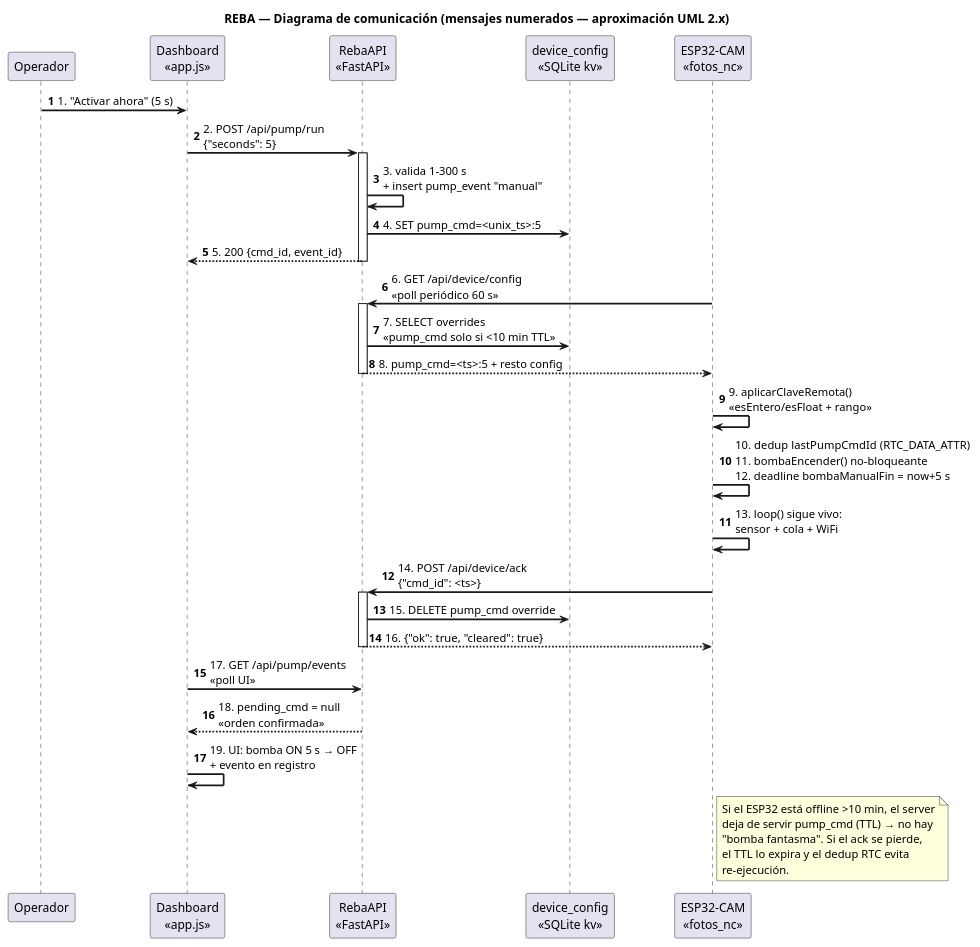
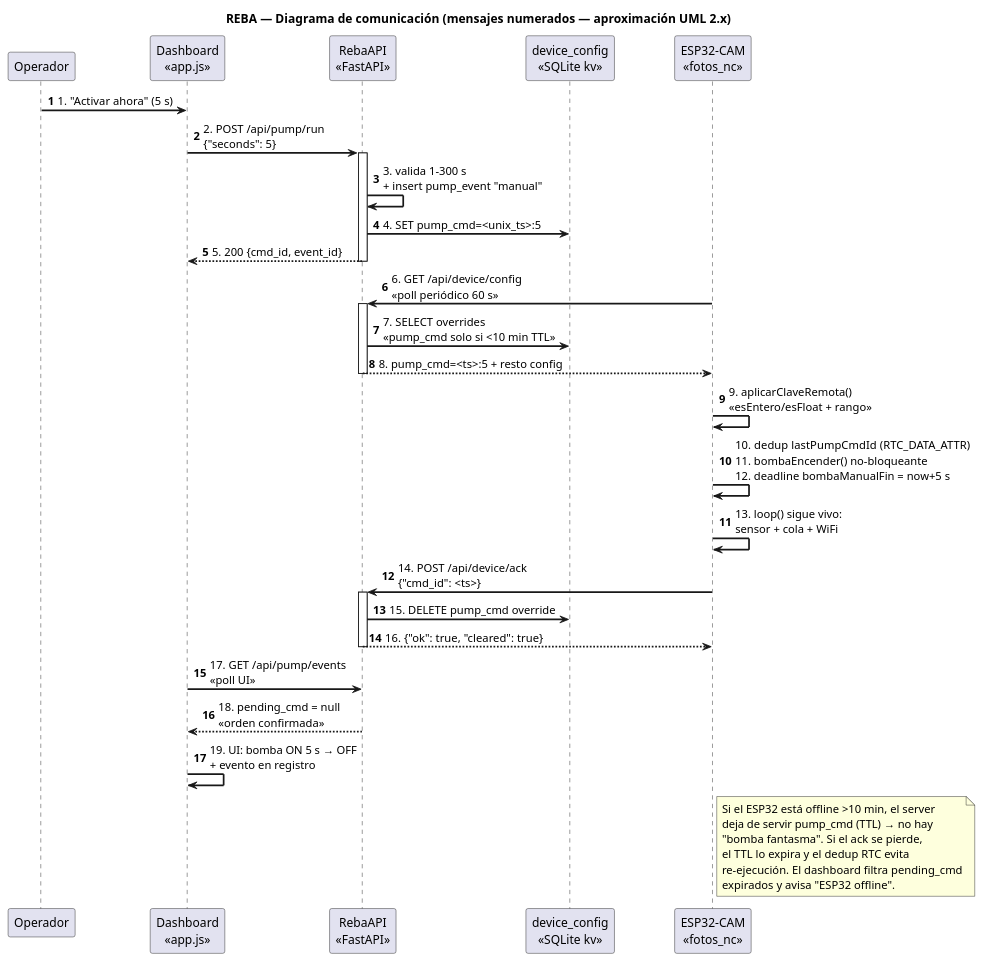
Before and after one commit to SebasHdez2006/reba_project: the diagram in docs/diagramas/uml/11_diagrama_comunicacion.puml, drawn with PlantUML. The commit also changed 45 other files, not shown here.

First line of the commit message:
docs: diagramas UML y arquitectura actualizados al estado real del sistema

```diff
--- a/docs/diagramas/uml/11_diagrama_comunicacion.puml
+++ b/docs/diagramas/uml/11_diagrama_comunicacion.puml
@@ -1,55 +1,56 @@
 @startuml 11_diagrama_comunicacion
 title REBA — Diagrama de comunicación (mensajes numerados — aproximación UML 2.x)
 ' Nota: PlantUML no tiene tipo "communication" nativo;
 ' se representa con mensajes numerados sobre líneas de vida,
 ' que es la semántica del diagrama de comunicación UML 2.x.
 
 skinparam sequenceArrowThickness 2
 skinparam ParticipantPadding 30
 
 autonumber
 ' Flujo: activación manual de bomba desde el dashboard
 
 participant "Operador" as op
 participant "Dashboard\n«app.js»" as dash
 participant "RebaAPI\n«FastAPI»" as api
 participant "device_config\n«SQLite kv»" as cfg
 participant "ESP32-CAM\n«fotos_nc»" as esp
 
 op -> dash : 1. "Activar ahora" (5 s)
 dash -> api : 2. POST /api/pump/run\n{"seconds": 5}
 activate api
 api -> api : 3. valida 1-300 s\n+ insert pump_event "manual"
 api -> cfg : 4. SET pump_cmd=<unix_ts>:5
 api --> dash : 5. 200 {cmd_id, event_id}
 deactivate api
 
 esp -> api : 6. GET /api/device/config\n«poll periódico 60 s»
 activate api
 api -> cfg : 7. SELECT overrides\n«pump_cmd solo si <10 min TTL»
 api --> esp : 8. pump_cmd=<ts>:5 + resto config
 deactivate api
 
 esp -> esp : 9. aplicarClaveRemota()\n«esEntero/esFloat + rango»
 esp -> esp : 10. dedup lastPumpCmdId (RTC_DATA_ATTR)\n11. bombaEncender() no-bloqueante\n12. deadline bombaManualFin = now+5 s
 esp -> esp : 13. loop() sigue vivo:\nsensor + cola + WiFi
 
 esp -> api : 14. POST /api/device/ack\n{"cmd_id": <ts>}
 activate api
 api -> cfg : 15. DELETE pump_cmd override
 api --> esp : 16. {"ok": true, "cleared": true}
 deactivate api
 
 dash -> api : 17. GET /api/pump/events\n«poll UI»
 api --> dash : 18. pending_cmd = null\n«orden confirmada»
 dash -> dash : 19. UI: bomba ON 5 s → OFF\n+ evento en registro
 
 note right of esp
   Si el ESP32 está offline >10 min, el server
   deja de servir pump_cmd (TTL) → no hay
   "bomba fantasma". Si el ack se pierde,
   el TTL lo expira y el dedup RTC evita
-  re-ejecución.
+  re-ejecución. El dashboard filtra pending_cmd
+  expirados y avisa "ESP32 offline".
 end note
 
 @enduml
```
